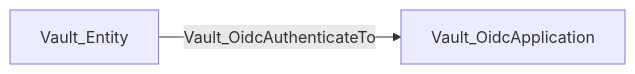
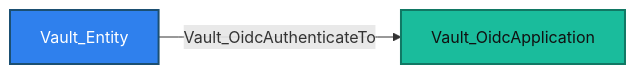
Before and after one commit to bytewreck/opengraph-vault: the eighth of 11 diagrams in Documentation/stores/IDENTITY.md, drawn with Mermaid. The commit also changed other lines of this file and 4 other files, not shown here.

````diff
--- a/Documentation/stores/IDENTITY.md
+++ b/Documentation/stores/IDENTITY.md
@@ -202,4 +239,7 @@
 ```mermaid
 flowchart LR
-    entity[Vault_Entity] -->|Vault_OidcAuthenticateTo| application[Vault_OidcApplication]
+    entity[Vault_Entity]:::entityNode -->|Vault_OidcAuthenticateTo| application[Vault_OidcApplication]:::oidcApplicationNode
+
+    classDef entityNode fill:#2F80ED,color:#fff,stroke:#1B4F72,stroke-width:2px
+    classDef oidcApplicationNode fill:#1ABC9C,color:#111,stroke:#117864,stroke-width:2px
 ```
````
